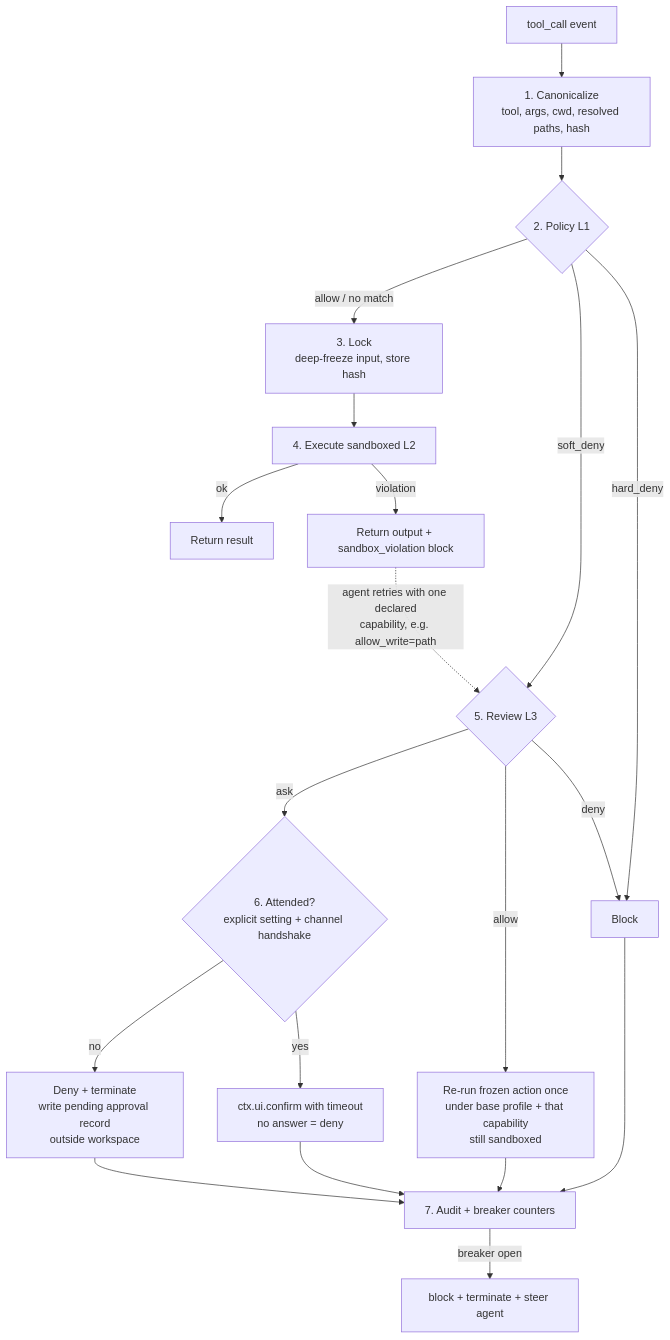
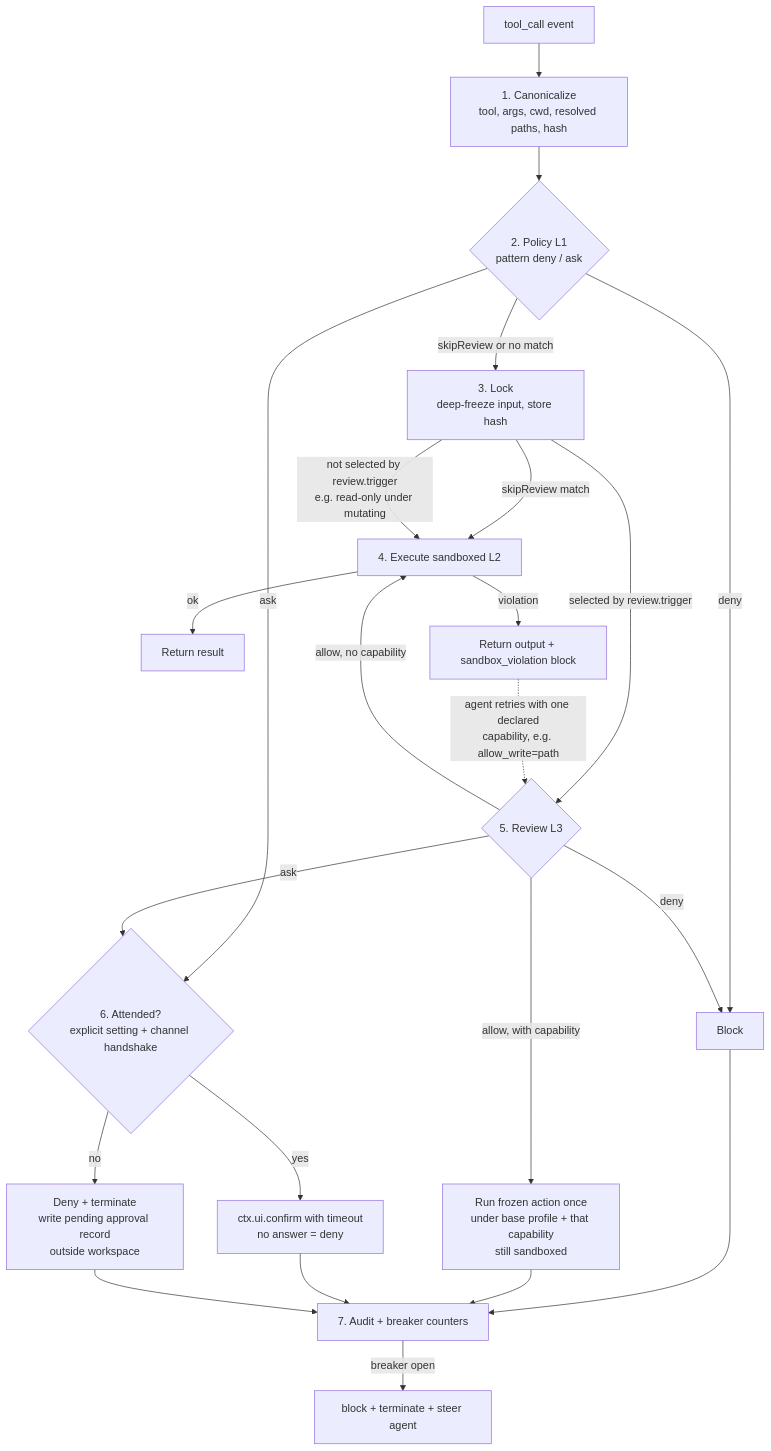
The diagram in README.md (frycm/pi-enclave), drawn with Mermaid before and after one commit. The commit also changed other lines of this file, not shown here.

First line of the commit message:
docs: split policy into pattern deny/ask rules and a prose reviewer rulebook

````diff
--- a/README.md
+++ b/README.md
@@ -167,22 +175,25 @@
 ```mermaid
 flowchart TD
     A[tool_call event] --> B[1. Canonicalize<br/>tool, args, cwd, resolved paths, hash]
-    B --> C{2. Policy L1}
-    C -->|hard_deny| X[Block]
-    C -->|allow / no match| D[3. Lock<br/>deep-freeze input, store hash]
-    C -->|soft_deny| R
-    D --> E[4. Execute sandboxed L2]
+    B --> C{2. Policy L1<br/>pattern deny / ask}
+    C -->|deny| X[Block]
+    C -->|ask| ESC
+    C -->|skipReview or no match| D[3. Lock<br/>deep-freeze input, store hash]
+    D -->|skipReview match| E[4. Execute sandboxed L2]
+    D -->|not selected by review.trigger<br/>e.g. read-only under mutating| E
+    D -->|selected by review.trigger| R
+    R -->|allow, no capability| E
     E -->|ok| OK[Return result]
     E -->|violation| V[Return output + sandbox_violation block]
     V -.->|agent retries with one declared<br/>capability, e.g. allow_write=path| R{5. Review L3}
-    R -->|allow| RUN[Re-run frozen action once<br/>under base profile + that capability<br/>still sandboxed]
+    R -->|allow, with capability| RUN[Run frozen action once<br/>under base profile + that capability<br/>still sandboxed]
     R -->|deny| X
     R -->|ask| ESC{6. Attended?<br/>explicit setting + channel handshake}
     ESC -->|yes| CONFIRM[ctx.ui.confirm with timeout<br/>no answer = deny]
     ESC -->|no| PEND[Deny + terminate<br/>write pending approval record<br/>outside workspace]
     X --> ACC[7. Audit + breaker counters]
     RUN --> ACC
     CONFIRM --> ACC
     PEND --> ACC
     ACC -->|breaker open| TERM[block + terminate + steer agent]
 ```
````
